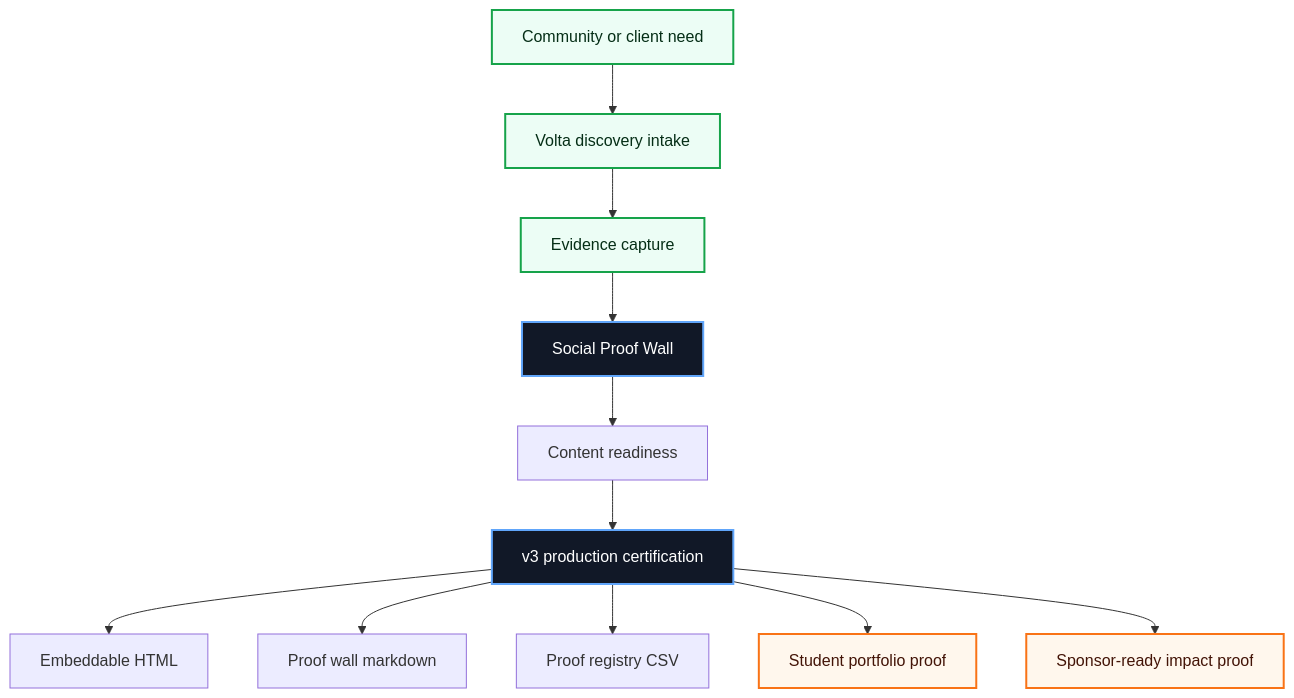
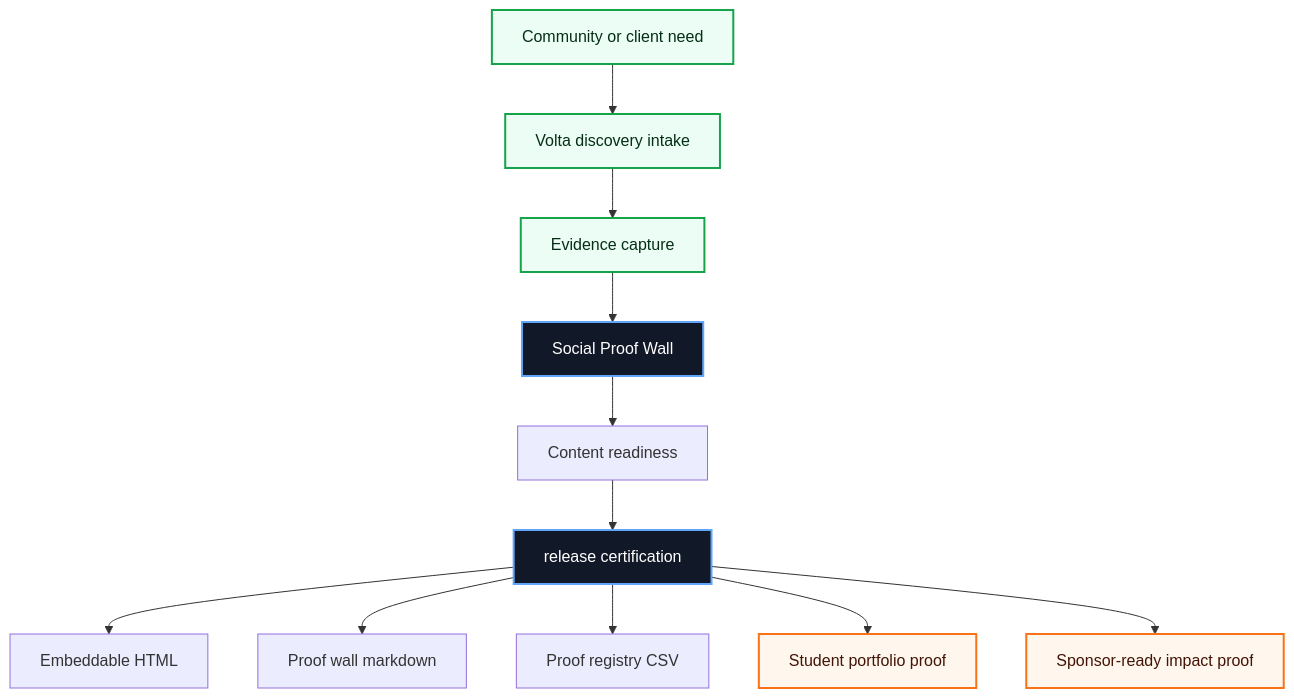
Before and after one commit to volta-npo/social-proof-wall: the first of 3 diagrams in README.md, drawn with Mermaid. The commit also changed other lines of this file and 28 other files, not shown here.

````diff
--- a/README.md
+++ b/README.md
@@ -43,20 +43,20 @@
 ```mermaid
 flowchart TD
     Need["Community or client need"] --> Intake["Volta discovery intake"]
     Intake --> Evidence["Evidence capture"]
     Evidence --> Workbench["Social Proof Wall"]
     Workbench --> Score["Content readiness"]
-    Score --> Cert["v3 production certification"]
+    Score --> Cert["release certification"]
     Cert --> A1["Embeddable HTML"]
     Cert --> A2["Proof wall markdown"]
     Cert --> A3["Proof registry CSV"]
     Cert --> Student["Student portfolio proof"]
     Cert --> Sponsor["Sponsor-ready impact proof"]
 
     classDef volta fill:#111827,stroke:#60a5fa,color:#ffffff,stroke-width:2px;
     classDef equity fill:#ecfdf5,stroke:#16a34a,color:#052e16,stroke-width:2px;
     classDef proof fill:#fff7ed,stroke:#f97316,color:#431407,stroke-width:2px;
     class Workbench,Cert volta;
     class Need,Intake,Evidence equity;
     class Student,Sponsor proof;
 ```
````
